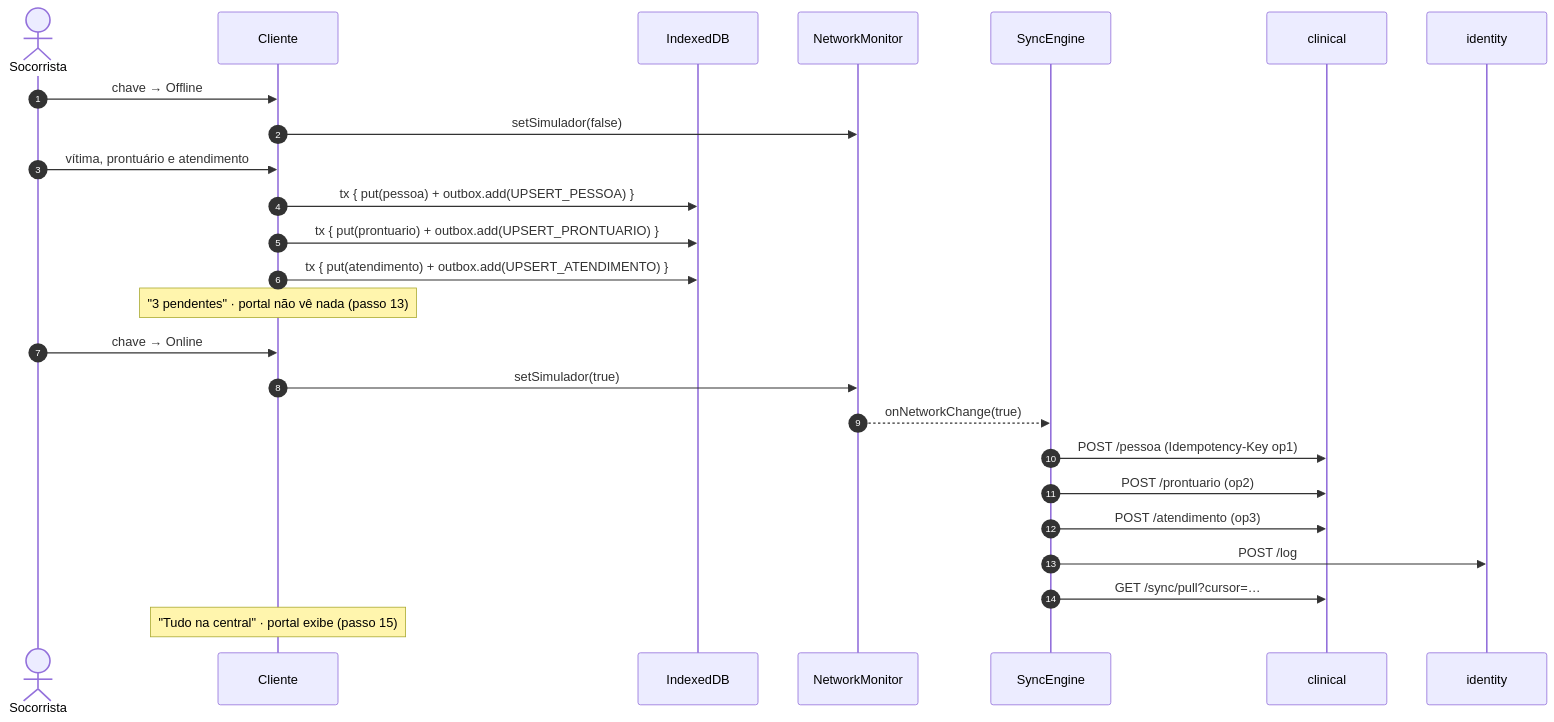
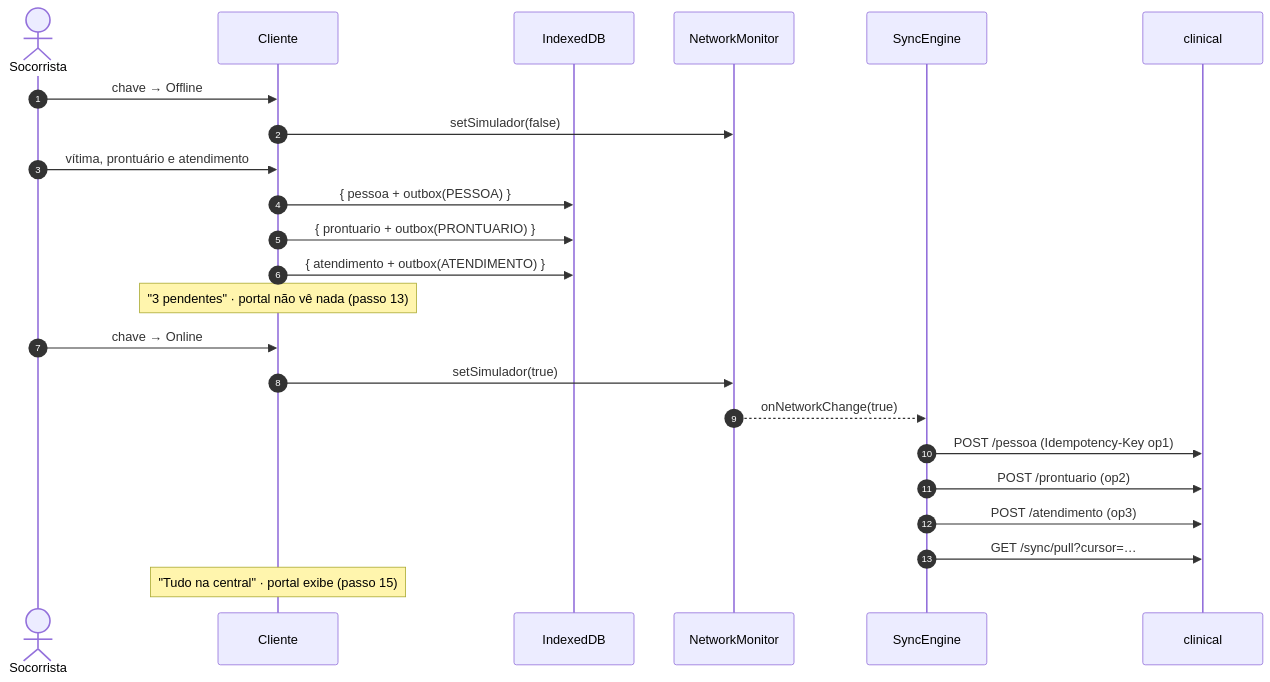
Before and after one commit to joaogehlen/MedicalField: the third of 3 diagrams in docs/03-sincronizacao-offline.md, drawn with Mermaid. The commit also changed other lines of this file and 40 other files, not shown here.

````diff
--- a/docs/03-sincronizacao-offline.md
+++ b/docs/03-sincronizacao-offline.md
@@ -124,27 +94,25 @@
 ```mermaid
 sequenceDiagram
     autonumber
     actor S as Socorrista
     participant UI as Cliente
     participant DB as IndexedDB
     participant NM as NetworkMonitor
     participant SE as SyncEngine
     participant K as clinical
-    participant I as identity
     S->>UI: chave → Offline
     UI->>NM: setSimulador(false)
     S->>UI: vítima, prontuário e atendimento
-    UI->>DB: tx { put(pessoa) + outbox.add(UPSERT_PESSOA) }
-    UI->>DB: tx { put(prontuario) + outbox.add(UPSERT_PRONTUARIO) }
-    UI->>DB: tx { put(atendimento) + outbox.add(UPSERT_ATENDIMENTO) }
+    UI->>DB: { pessoa + outbox(PESSOA) }
+    UI->>DB: { prontuario + outbox(PRONTUARIO) }
+    UI->>DB: { atendimento + outbox(ATENDIMENTO) }
     Note over UI: "3 pendentes" · portal não vê nada (passo 13)
     S->>UI: chave → Online
     UI->>NM: setSimulador(true)
     NM-->>SE: onNetworkChange(true)
     SE->>K: POST /pessoa (Idempotency-Key op1)
     SE->>K: POST /prontuario (op2)
     SE->>K: POST /atendimento (op3)
-    SE->>I: POST /log
     SE->>K: GET /sync/pull?cursor=…
     Note over UI: "Tudo na central" · portal exibe (passo 15)
 ```
````
